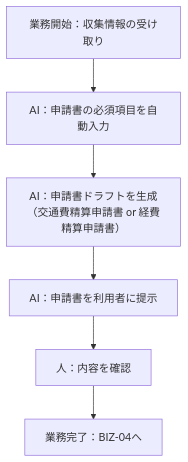
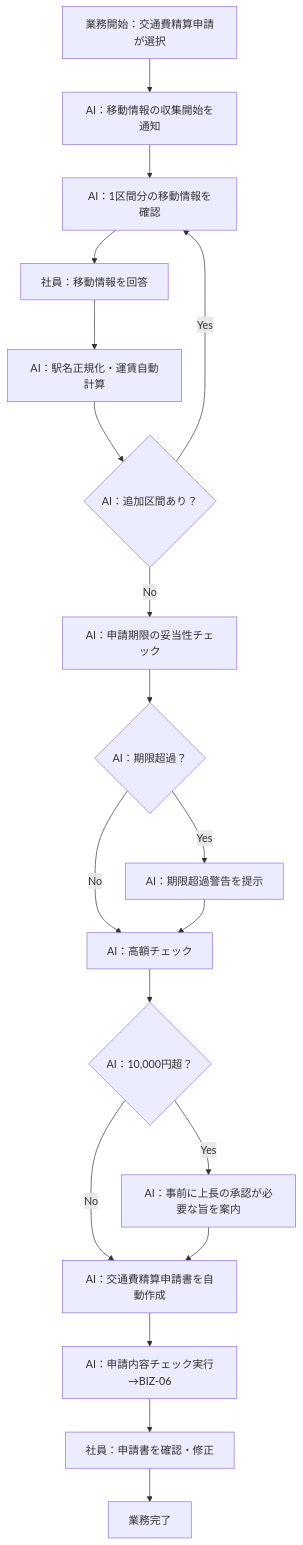
Before and after one commit to horii003/AIAgentBookCC: the third of 5 diagrams in artifacts/01_business-requirements/outputs/業務プロセス定義.md, drawn with Mermaid. The commit also changed other lines of this file and 121 other files, not shown here.

````diff
--- a/artifacts/01_business-requirements/outputs/業務プロセス定義.md
+++ b/artifacts/01_business-requirements/outputs/業務プロセス定義.md
@@ -401,8 +391,21 @@
 ```mermaid
 flowchart TD
-    A[業務開始：収集情報の受け取り] --> B[AI：申請書の必須項目を自動入力]
-    B --> C[AI：申請書ドラフトを生成\n（交通費精算申請書 or 経費精算申請書）]
-    C --> D[AI：申請書を利用者に提示]
-    D --> E[人：内容を確認]
-    E --> F[業務完了：BIZ-04へ]
+    A[業務開始：交通費精算申請が選択] --> B[AI：移動情報の収集開始を通知]
+    B --> C[AI：1区間分の移動情報を確認]
+    C --> D[社員：移動情報を回答]
+    D --> E[AI：駅名正規化・運賃自動計算]
+    E --> F{AI：追加区間あり？}
+    F -->|Yes| C
+    F -->|No| G[AI：申請期限の妥当性チェック]
+    G --> H{AI：期限超過？}
+    H -->|Yes| I[AI：期限超過警告を提示]
+    H -->|No| J[AI：高額チェック]
+    I --> J
+    J --> K{AI：10,000円超？}
+    K -->|Yes| L[AI：事前に上長の承認が必要な旨を案内]
+    K -->|No| M[AI：交通費精算申請書を自動作成]
+    L --> M
+    M --> N[AI：申請内容チェック実行→BIZ-06]
+    N --> O[社員：申請書を確認・修正]
+    O --> P[業務完了]
 ```
````
